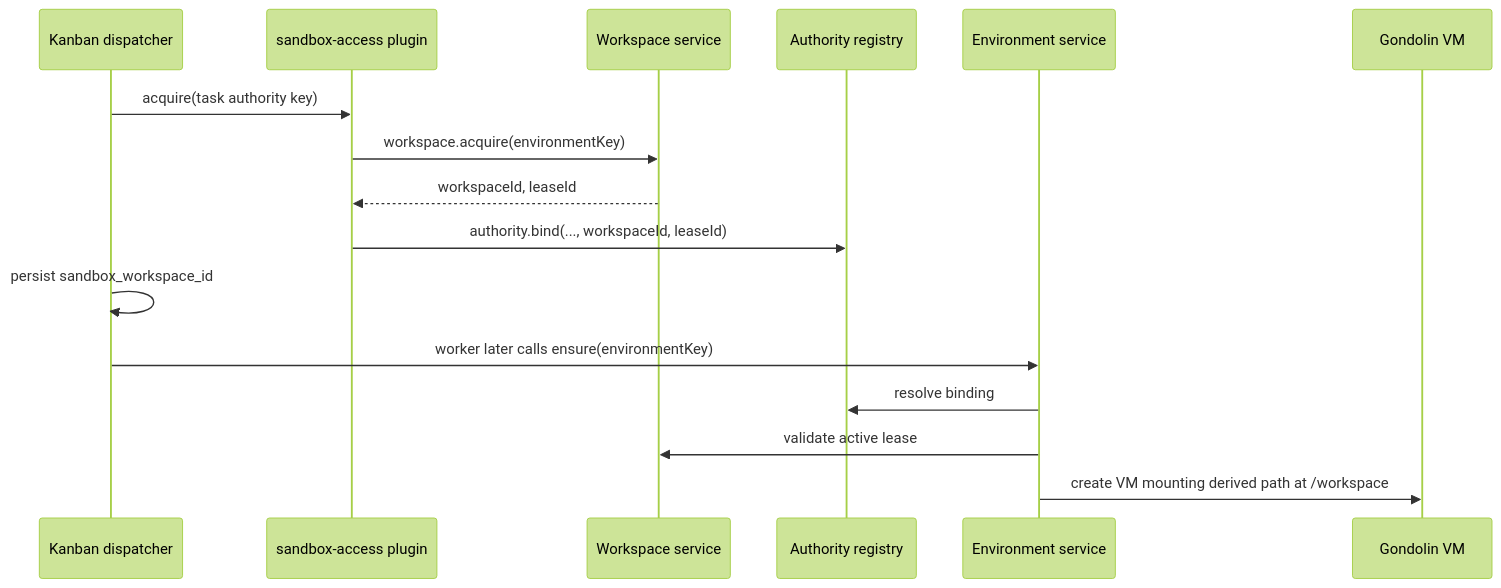
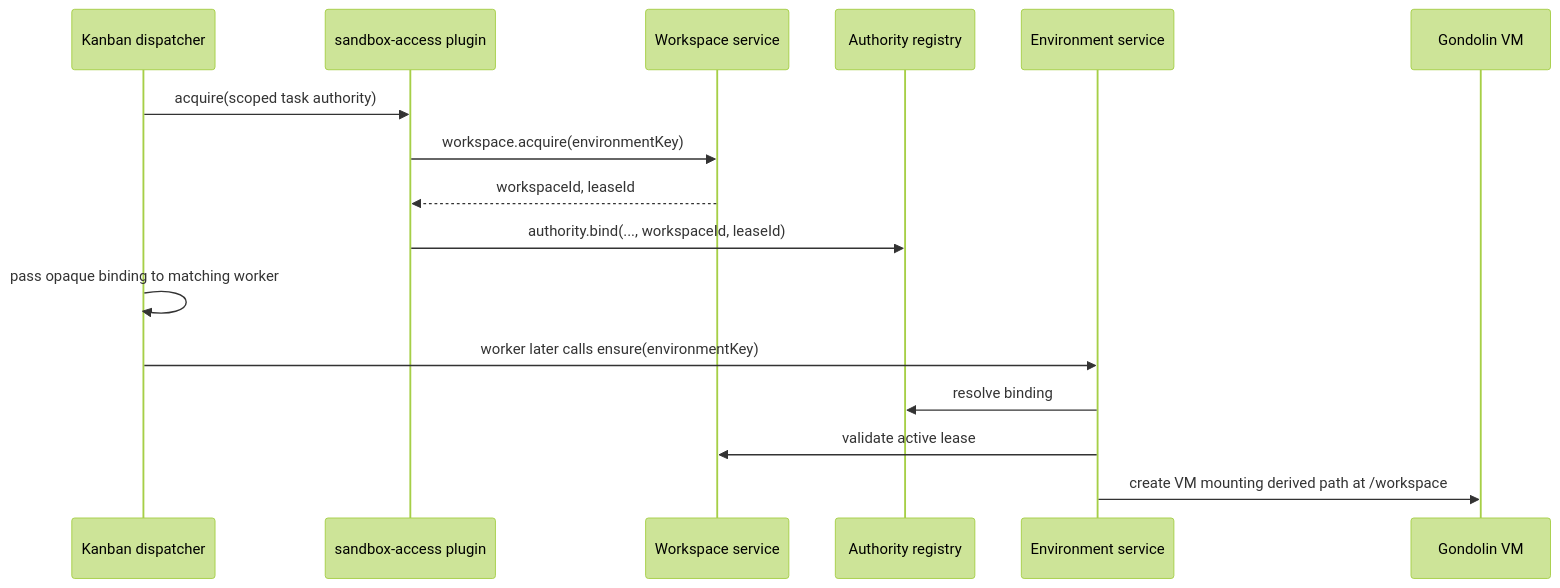
One commit to dvicory/homelab changed the second of 3 diagrams in openspec/changes/add-sandbox-workspace-service/design.md. Above: the diagram before and after it, drawn with Mermaid (forest theme). The commit also changed other lines of this file and 5 other files, not shown here.

````diff
--- a/openspec/changes/add-sandbox-workspace-service/design.md
+++ b/openspec/changes/add-sandbox-workspace-service/design.md
@@ -92,18 +92,18 @@
 ```mermaid
 sequenceDiagram
   participant K as Kanban dispatcher
   participant P as sandbox-access plugin
   participant W as Workspace service
   participant A as Authority registry
   participant E as Environment service
   participant V as Gondolin VM
-  K->>P: acquire(task authority key)
+  K->>P: acquire(scoped task authority)
   P->>W: workspace.acquire(environmentKey)
   W-->>P: workspaceId, leaseId
   P->>A: authority.bind(..., workspaceId, leaseId)
-  K->>K: persist sandbox_workspace_id
+  K->>K: pass opaque binding to matching worker
   K->>E: worker later calls ensure(environmentKey)
   E->>A: resolve binding
   E->>W: validate active lease
   E->>V: create VM mounting derived path at /workspace
 ```
````
